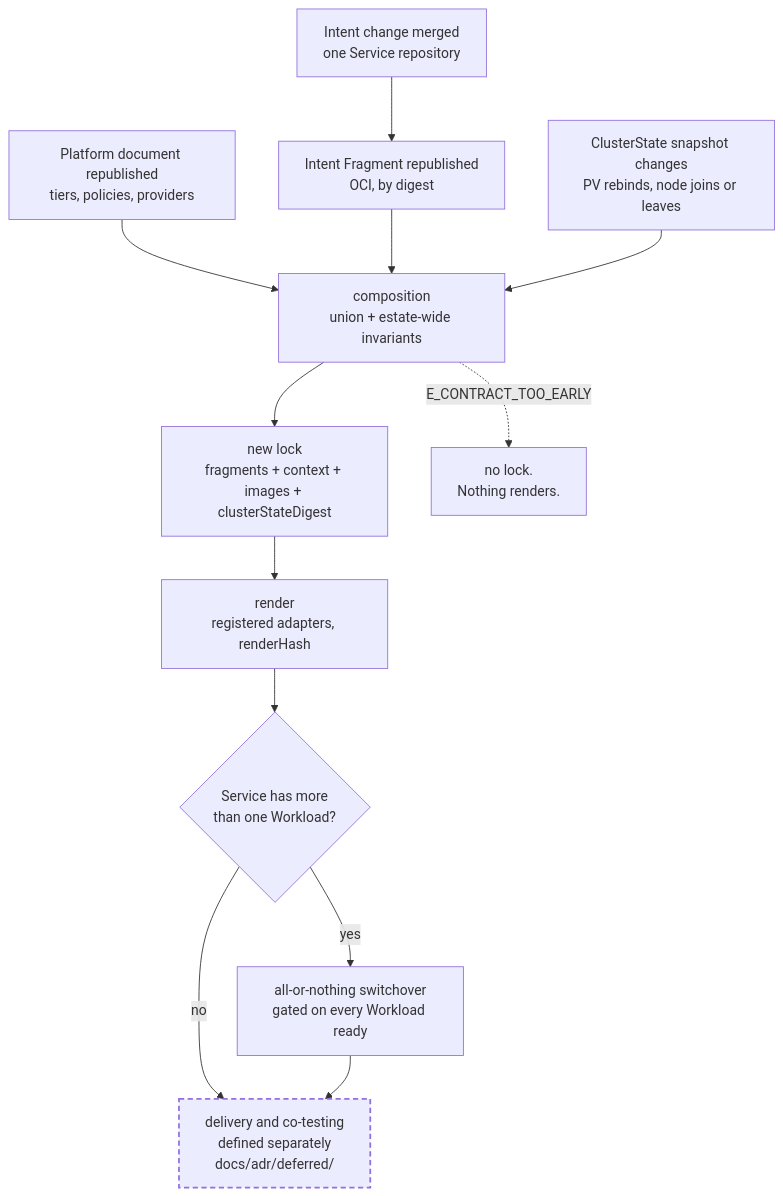
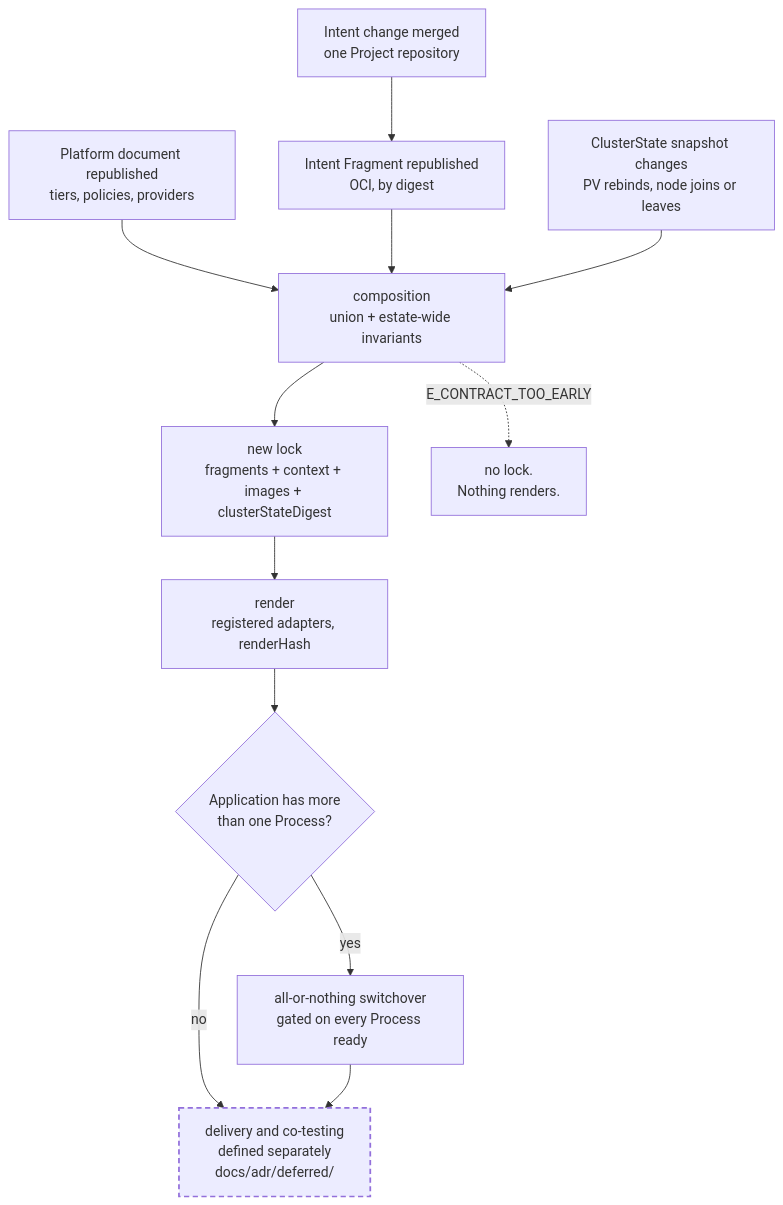
The second of 2 diagrams in spec/v1/50-lifecycle.md (JorisJonkers-dev/deploy-kit), drawn with Mermaid before and after one commit. The commit also changed other lines of this file and 169 other files, not shown here.

Commit message:
refactor: rename the authored hierarchy to Project, Application and Process (#100)

````diff
--- a/spec/v1/50-lifecycle.md
+++ b/spec/v1/50-lifecycle.md
@@ -281,15 +281,15 @@
 ```mermaid
 flowchart TB
-    I["Intent change merged<br/>one Service repository"] --> F["Intent Fragment republished<br/>OCI, by digest"]
+    I["Intent change merged<br/>one Project repository"] --> F["Intent Fragment republished<br/>OCI, by digest"]
     X["Platform document republished<br/>tiers, policies, providers"] --> C
     F --> C["composition<br/>union + estate-wide invariants"]
     S["ClusterState snapshot changes<br/>PV rebinds, node joins or leaves"] --> C
     C --> L["new lock<br/>fragments + context + images + clusterStateDigest"]
     L --> R["render<br/>registered adapters, renderHash"]
-    R --> G{"Service has more<br/>than one Workload?"}
+    R --> G{"Application has more<br/>than one Process?"}
     G -->|"no"| D["delivery and co-testing<br/>defined separately<br/>docs/adr/deferred/"]
-    G -->|"yes"| U["all-or-nothing switchover<br/>gated on every Workload ready"]
+    G -->|"yes"| U["all-or-nothing switchover<br/>gated on every Process ready"]
     U --> D
     C -.->|"E_CONTRACT_TOO_EARLY"| B["no lock.<br/>Nothing renders."]
     style D stroke-width:2px,stroke-dasharray:6 4;
 ```
````
